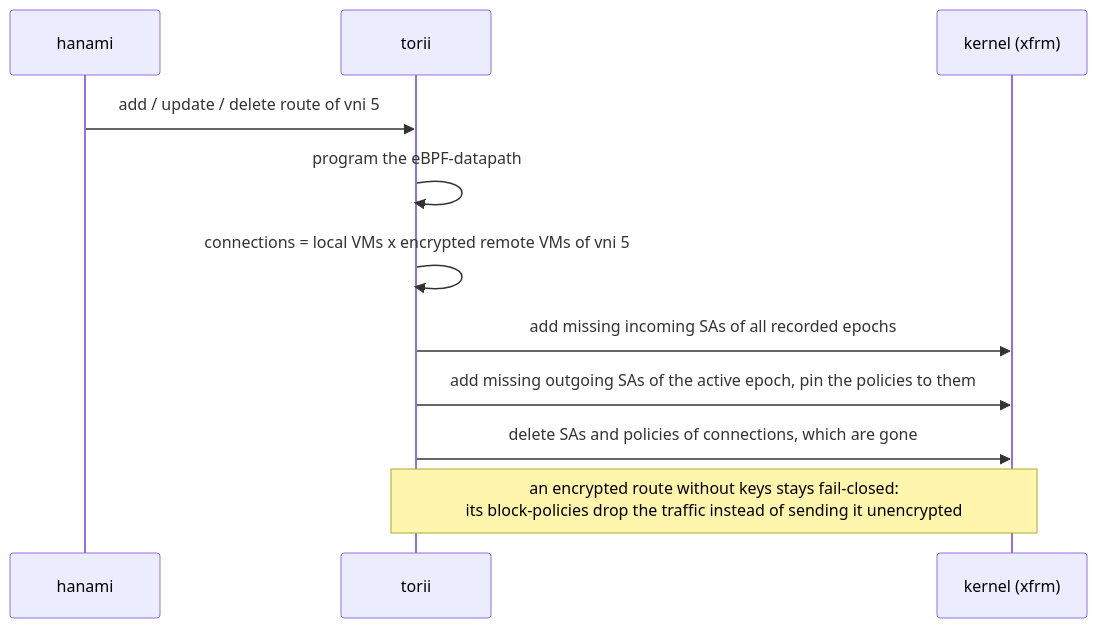
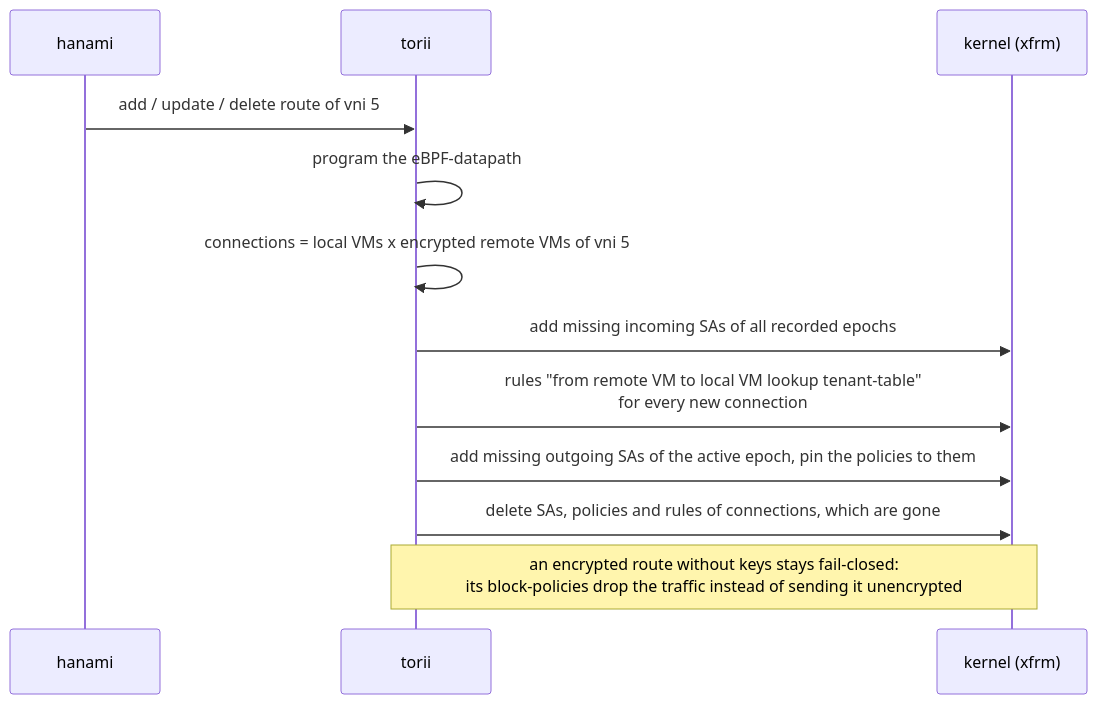
Diagram 12 of 18 in docs/developer/sequence_diagrams/network_crypto_key_exchange.md (kitsudaiki/ainari), drawn with Mermaid before and after one commit. The commit also changed other lines of this file and 25 other files, not shown here.

````diff
--- a/docs/developer/sequence_diagrams/network_crypto_key_exchange.md
+++ b/docs/developer/sequence_diagrams/network_crypto_key_exchange.md
@@ -371,14 +402,15 @@
 ```mermaid
 sequenceDiagram
     participant H as hanami
     participant T as torii
     participant K as kernel (xfrm)
 
     H->>T: add / update / delete route of vni 5
     T->>T: program the eBPF-datapath
     T->>T: connections = local VMs x encrypted remote VMs of vni 5
     T->>K: add missing incoming SAs of all recorded epochs
+    T->>K: rules "from remote VM to local VM lookup tenant-table"<br/>for every new connection
     T->>K: add missing outgoing SAs of the active epoch, pin the policies to them
-    T->>K: delete SAs and policies of connections, which are gone
+    T->>K: delete SAs, policies and rules of connections, which are gone
     Note over T,K: an encrypted route without keys stays fail-closed:<br/>its block-policies drop the traffic instead of sending it unencrypted
 ```
````
